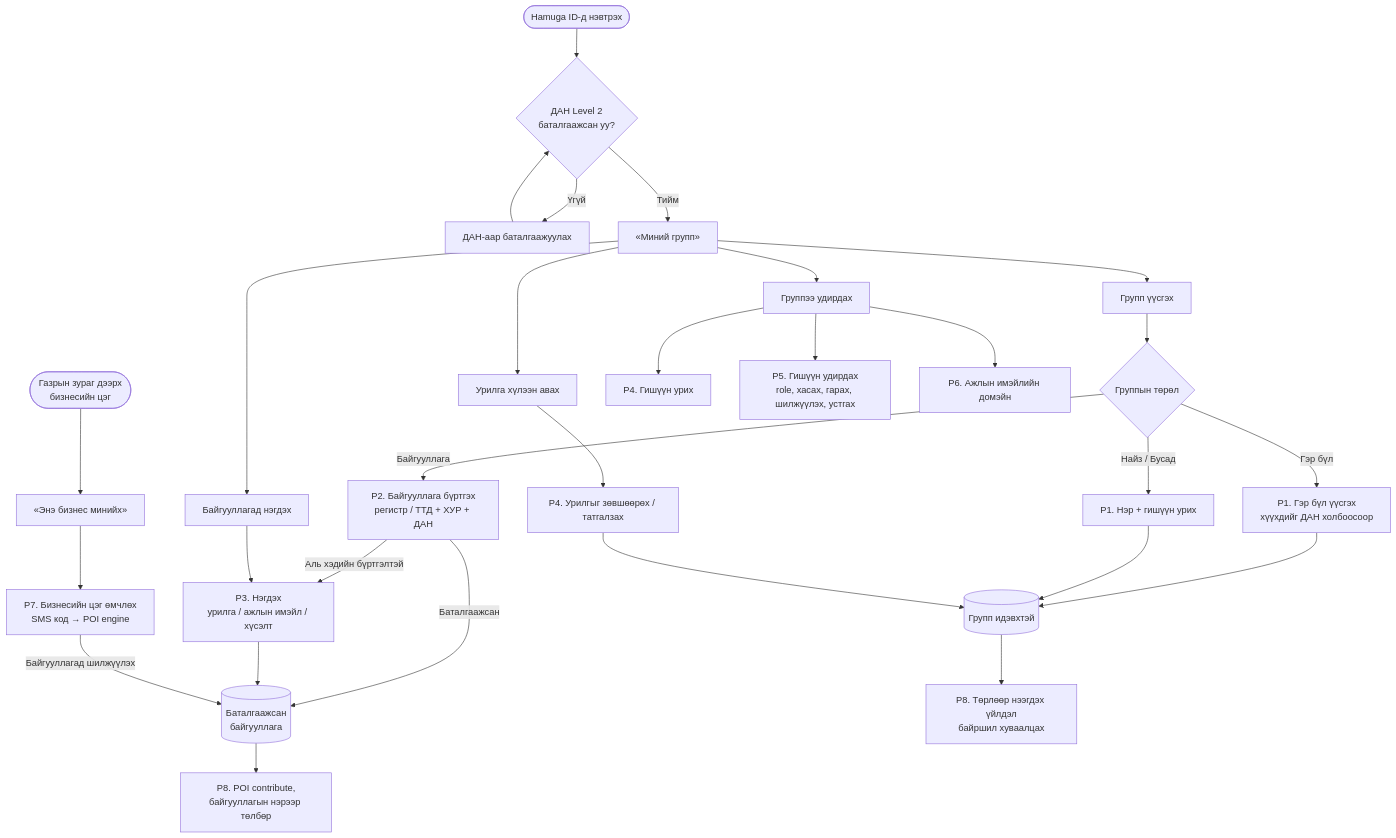
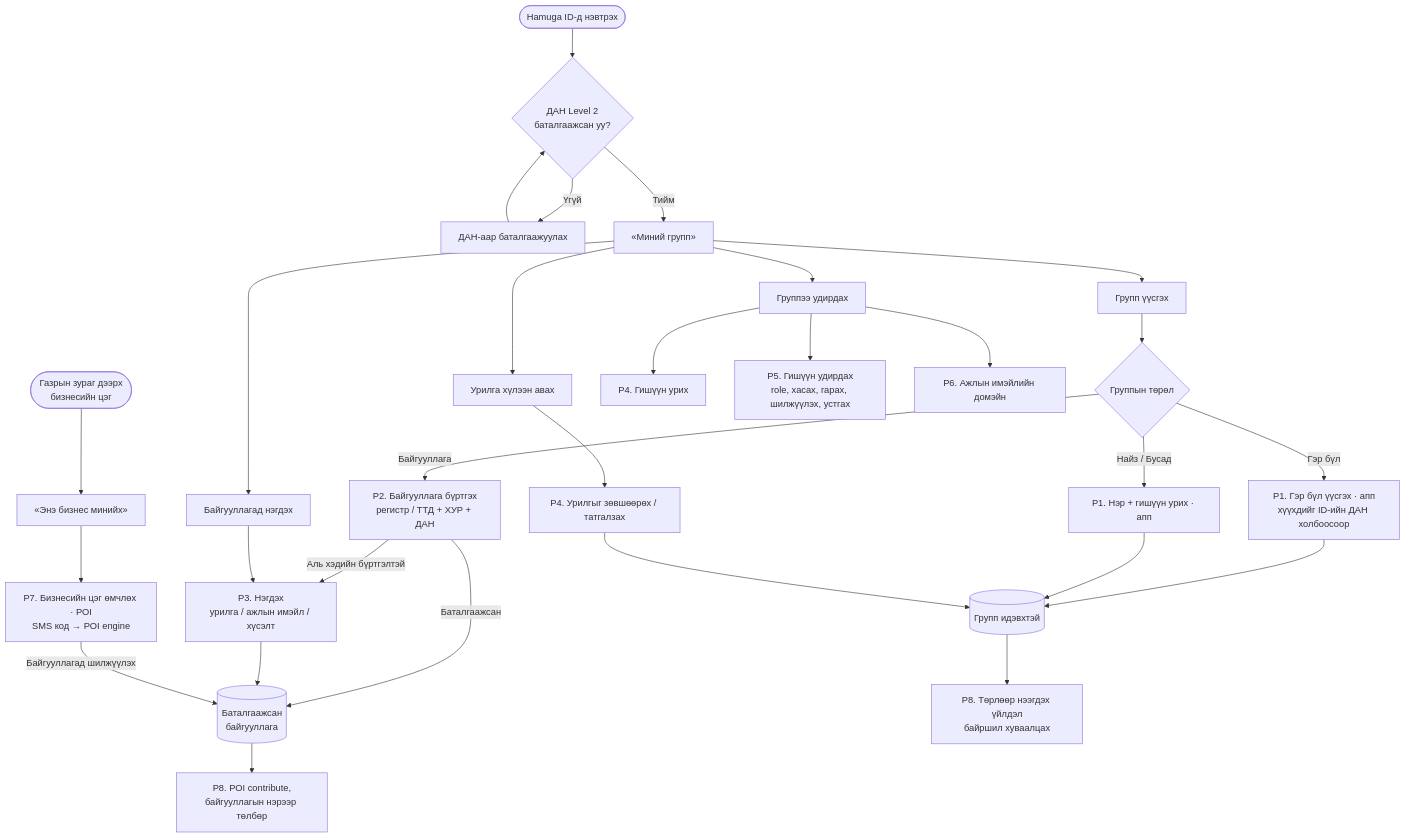
The first of 12 diagrams in docs/requirements/process-map-group-org-mn.md (zayaennnn-arch/ID-Group), drawn with Mermaid before and after one commit. The commit also changed other lines of this file and 15 other files, not shown here.

````diff
--- a/docs/requirements/process-map-group-org-mn.md
+++ b/docs/requirements/process-map-group-org-mn.md
@@ -22,34 +22,34 @@
 ```mermaid
 flowchart TD
     START(["Hamuga ID-д нэвтрэх"]) --> L2{"ДАН Level 2<br/>баталгаажсан уу?"}
     L2 -- "Үгүй" --> DAN["ДАН-аар баталгаажуулах"] --> L2
     L2 -- "Тийм" --> HOME["«Миний групп»"]
 
     HOME --> A1["Групп үүсгэх"]
     HOME --> A2["Урилга хүлээн авах"]
     HOME --> A3["Байгууллагад нэгдэх"]
     HOME --> A4["Группээ удирдах"]
     MAP(["Газрын зураг дээрх<br/>бизнесийн цэг"]) --> A5["«Энэ бизнес минийх»"]
 
     A1 --> TYPE{"Группын төрөл"}
-    TYPE -- "Гэр бүл" --> P1F["P1. Гэр бүл үүсгэх<br/>хүүхдийг ДАН холбоосоор"]
-    TYPE -- "Найз / Бусад" --> P1S["P1. Нэр + гишүүн урих"]
+    TYPE -- "Гэр бүл" --> P1F["P1. Гэр бүл үүсгэх · апп<br/>хүүхдийг ID-ийн ДАН холбоосоор"]
+    TYPE -- "Найз / Бусад" --> P1S["P1. Нэр + гишүүн урих · апп"]
     TYPE -- "Байгууллага" --> P2["P2. Байгууллага бүртгэх<br/>регистр / ТТД + ХУР + ДАН"]
 
     P2 -- "Аль хэдийн бүртгэлтэй" --> P3
     A3 --> P3["P3. Нэгдэх<br/>урилга / ажлын имэйл / хүсэлт"]
     A2 --> P4B["P4. Урилгыг зөвшөөрөх / татгалзах"]
     A4 --> P4["P4. Гишүүн урих"]
     A4 --> P5["P5. Гишүүн удирдах<br/>role, хасах, гарах, шилжүүлэх, устгах"]
     A4 --> P6["P6. Ажлын имэйлийн домэйн"]
-    A5 --> P7["P7. Бизнесийн цэг өмчлөх<br/>SMS код → POI engine"]
+    A5 --> P7["P7. Бизнесийн цэг өмчлөх · POI<br/>SMS код → POI engine"]
 
     P1F --> G[("Групп идэвхтэй")]
     P1S --> G
     P2 -- "Баталгаажсан" --> GO[("Баталгаажсан<br/>байгууллага")]
     P3 --> GO
     P4B --> G
     P7 -- "Байгууллагад шилжүүлэх" --> GO
     G --> P8["P8. Төрлөөр нээгдэх үйлдэл<br/>байршил хуваалцах"]
     GO --> P8B["P8. POI contribute,<br/>байгууллагын нэрээр төлбөр"]
 ```
````
